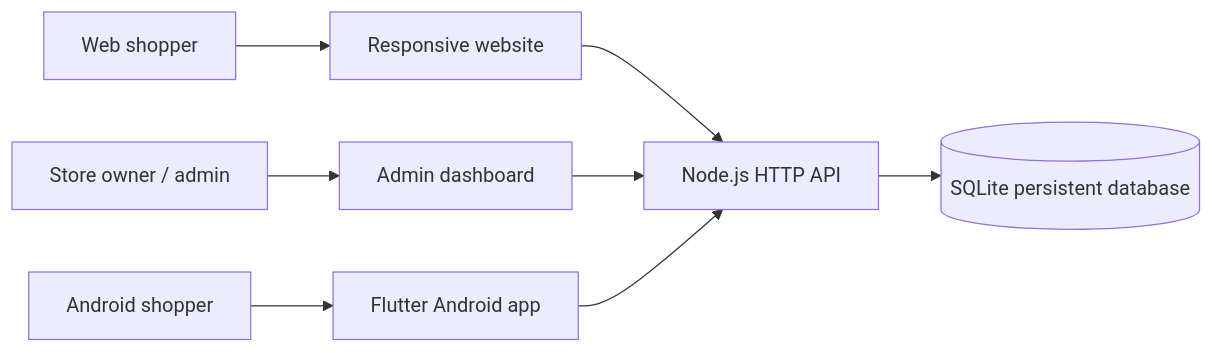
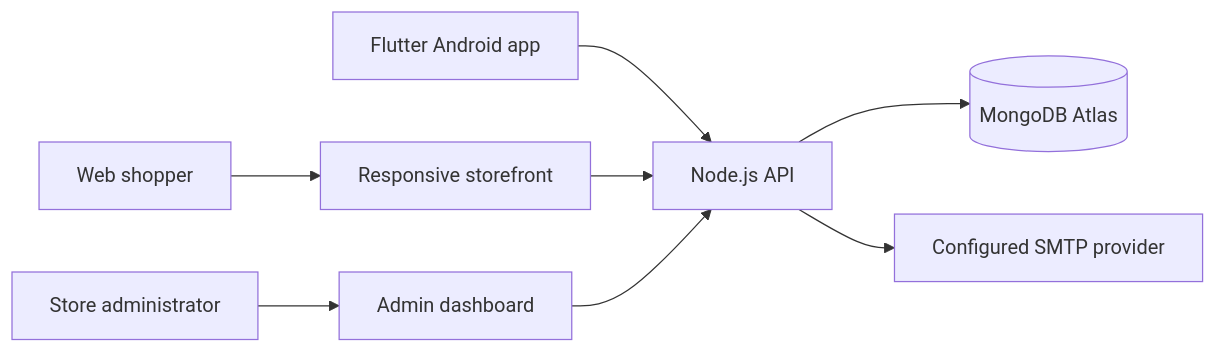
The diagram in docs/ARCHITECTURE.md (Lambert-01/iwacumall), drawn with Mermaid before and after one commit. The commit also changed other lines of this file and 71 other files, not shown here.

````diff
--- a/docs/ARCHITECTURE.md
+++ b/docs/ARCHITECTURE.md
@@ -5,10 +5,10 @@
 ```mermaid
 flowchart LR
-  Customer[Web shopper] --> Web[Responsive website]
-  Owner[Store owner / admin] --> Admin[Admin dashboard]
-  Shopper[Android shopper] --> Mobile[Flutter Android app]
-  Web --> API[Node.js HTTP API]
-  Admin --> API
-  Mobile --> API
-  API --> DB[(SQLite persistent database)]
+  Shopper[Web shopper] --> Web[Responsive storefront]
+  Admin[Store administrator] --> Dashboard[Admin dashboard]
+  Mobile[Flutter Android app] --> API[Node.js API]
+  Web --> API
+  Dashboard --> API
+  API --> Mongo[(MongoDB Atlas)]
+  API --> SMTP[Configured SMTP provider]
 ```
````
